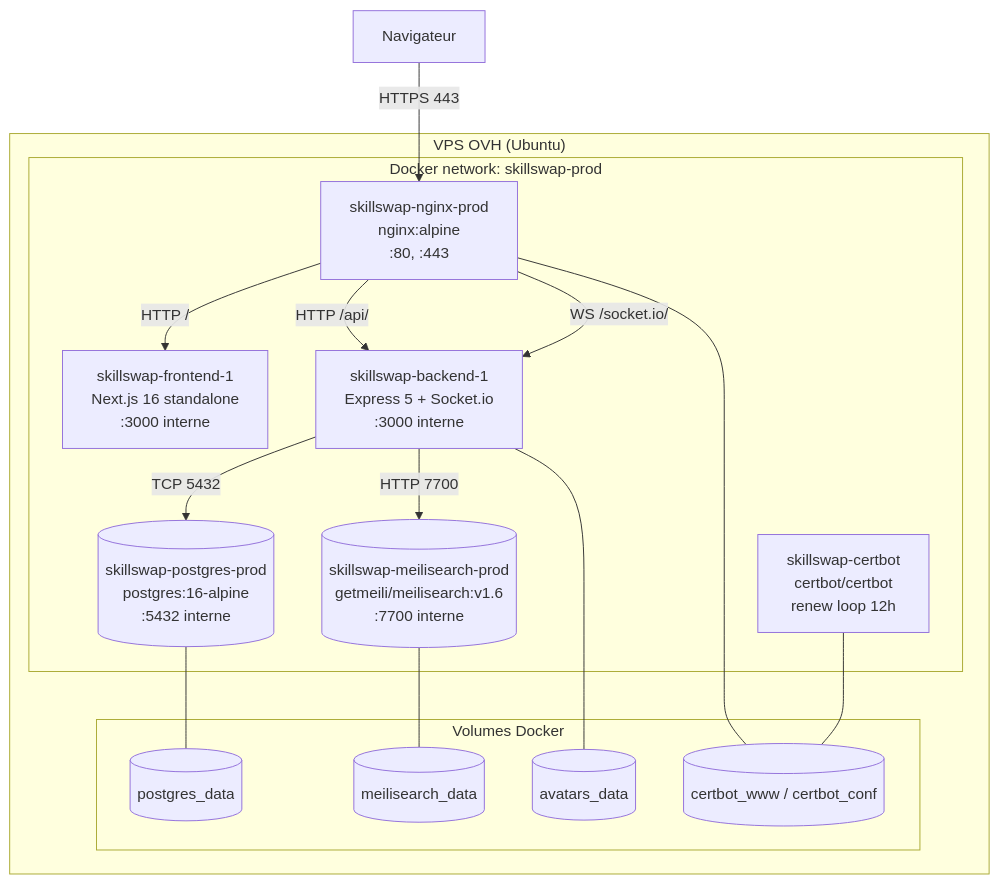
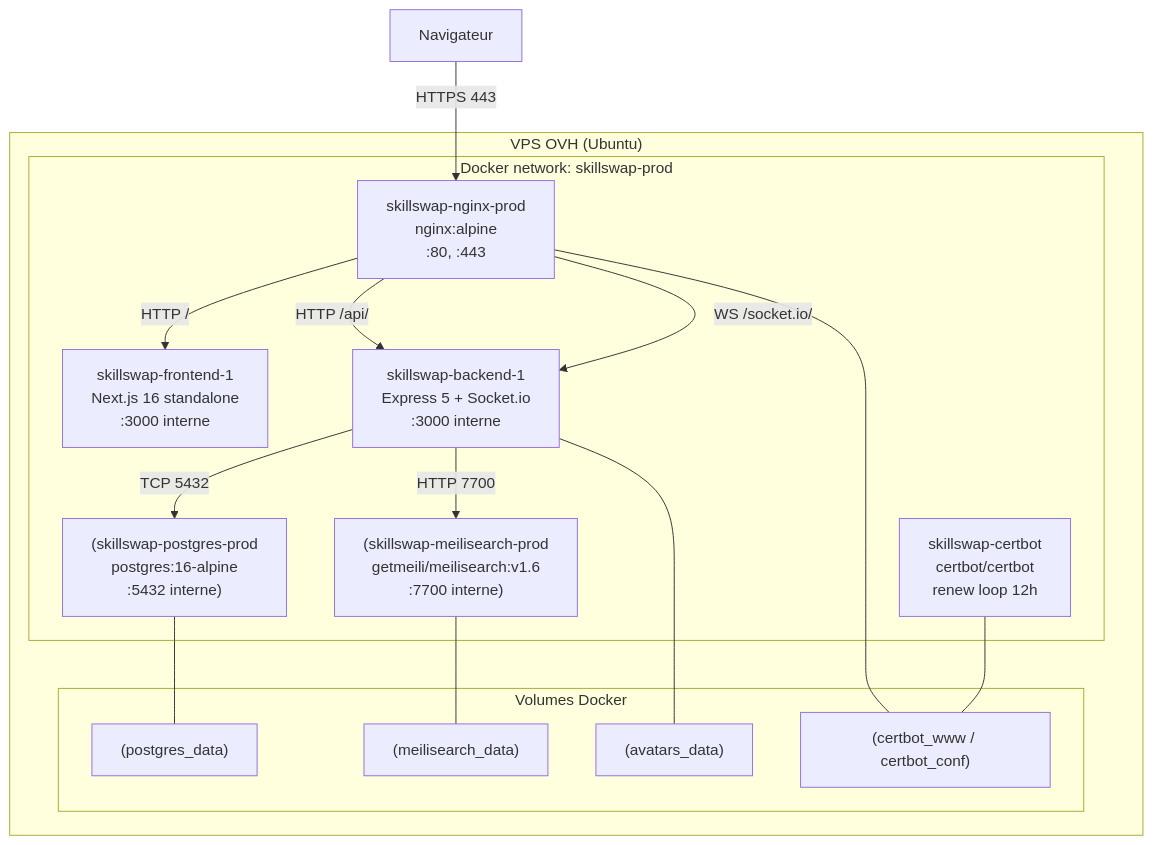
The diagram in docs/documentation-implementation/arc42/07-deployment/index.md (Sojeremy/documentation-skillswap), drawn with Mermaid before and after one commit. The commit also changed 14 other files, not shown here.

Commit message:
docs: fix syntaxe Mermaid (labels quotés sur flowchart/graph) — 15 fichiers

````diff
--- a/docs/documentation-implementation/arc42/07-deployment/index.md
+++ b/docs/documentation-implementation/arc42/07-deployment/index.md
@@ -22,32 +22,32 @@
 ```mermaid
 graph TB
     subgraph "VPS OVH (Ubuntu)"
         subgraph "Docker network: skillswap-prod"
-            NGINX[skillswap-nginx-prod<br/>nginx:alpine<br/>:80, :443]
-            FRONT[skillswap-frontend-1<br/>Next.js 16 standalone<br/>:3000 interne]
-            BACK[skillswap-backend-1<br/>Express 5 + Socket.io<br/>:3000 interne]
-            PG[(skillswap-postgres-prod<br/>postgres:16-alpine<br/>:5432 interne)]
-            MEILI[(skillswap-meilisearch-prod<br/>getmeili/meilisearch:v1.6<br/>:7700 interne)]
-            CERT[skillswap-certbot<br/>certbot/certbot<br/>renew loop 12h]
+            NGINX["skillswap-nginx-prod<br/>nginx:alpine<br/>:80, :443"]
+            FRONT["skillswap-frontend-1<br/>Next.js 16 standalone<br/>:3000 interne"]
+            BACK["skillswap-backend-1<br/>Express 5 + Socket.io<br/>:3000 interne"]
+            PG["(skillswap-postgres-prod<br/>postgres:16-alpine<br/>:5432 interne)"]
+            MEILI["(skillswap-meilisearch-prod<br/>getmeili/meilisearch:v1.6<br/>:7700 interne)"]
+            CERT["skillswap-certbot<br/>certbot/certbot<br/>renew loop 12h"]
         end
         subgraph "Volumes Docker"
-            V1[(postgres_data)]
-            V2[(meilisearch_data)]
-            V3[(avatars_data)]
-            V4[(certbot_www / certbot_conf)]
+            V1["(postgres_data)"]
+            V2["(meilisearch_data)"]
+            V3["(avatars_data)"]
+            V4["(certbot_www / certbot_conf)"]
         end
     end
 
-    USER[Navigateur]
-    USER -->|HTTPS 443| NGINX
-    NGINX -->|HTTP /| FRONT
-    NGINX -->|HTTP /api/| BACK
-    NGINX -->|WS /socket.io/| BACK
-    BACK -->|TCP 5432| PG
-    BACK -->|HTTP 7700| MEILI
+    USER["Navigateur"]
+    USER -->|"HTTPS 443"| NGINX
+    NGINX -->|"HTTP /"| FRONT
+    NGINX -->|"HTTP /api/"| BACK
+    NGINX -->|"WS /socket.io/"| BACK
+    BACK -->|"TCP 5432"| PG
+    BACK -->|"HTTP 7700"| MEILI
     PG --- V1
     MEILI --- V2
     BACK --- V3
     NGINX --- V4
     CERT --- V4
 ```
````
